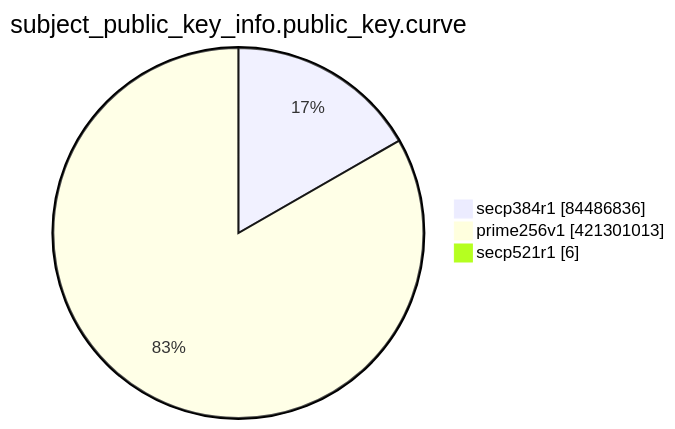
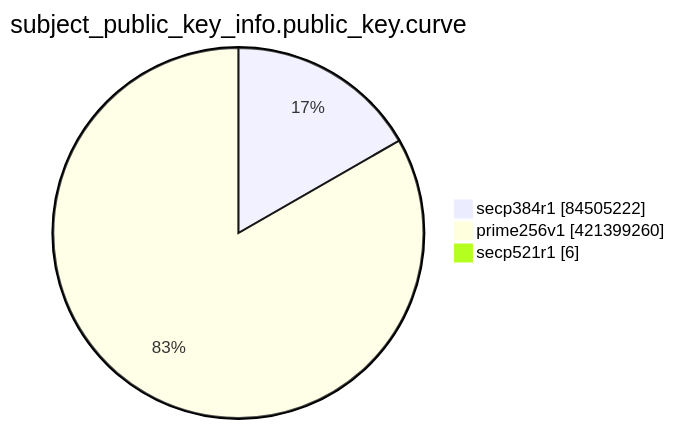
One commit to christiankrug/ctmonitor_visualization changed the eighth of 15 diagrams in TOTAL/README.md. Above: the diagram before and after it, drawn with Mermaid. The commit also changed other lines of this file, not shown here.

````diff
--- a/TOTAL/README.md
+++ b/TOTAL/README.md
@@ -3099,7 +3099,7 @@
 ```mermaid
 pie showData
 title subject_public_key_info.public_key.curve
-"secp384r1" :84486836
-"prime256v1" :421301013
+"secp384r1" :84505222
+"prime256v1" :421399260
 "secp521r1" :6
 ```
````
